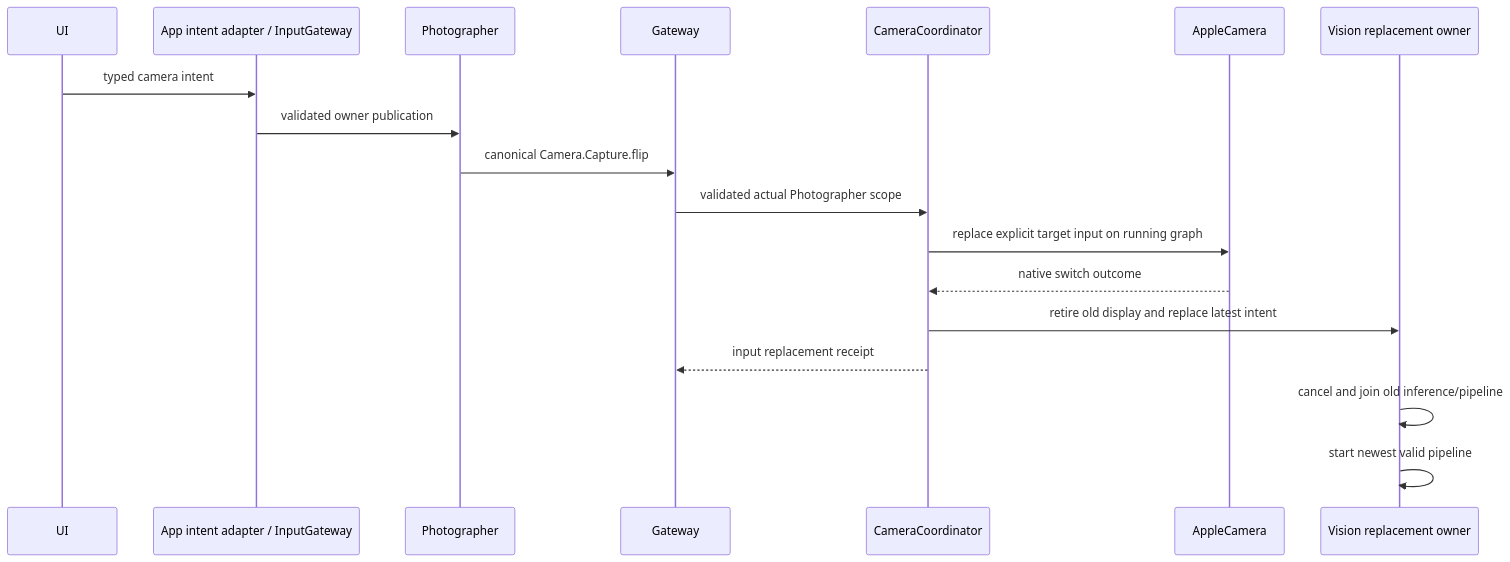
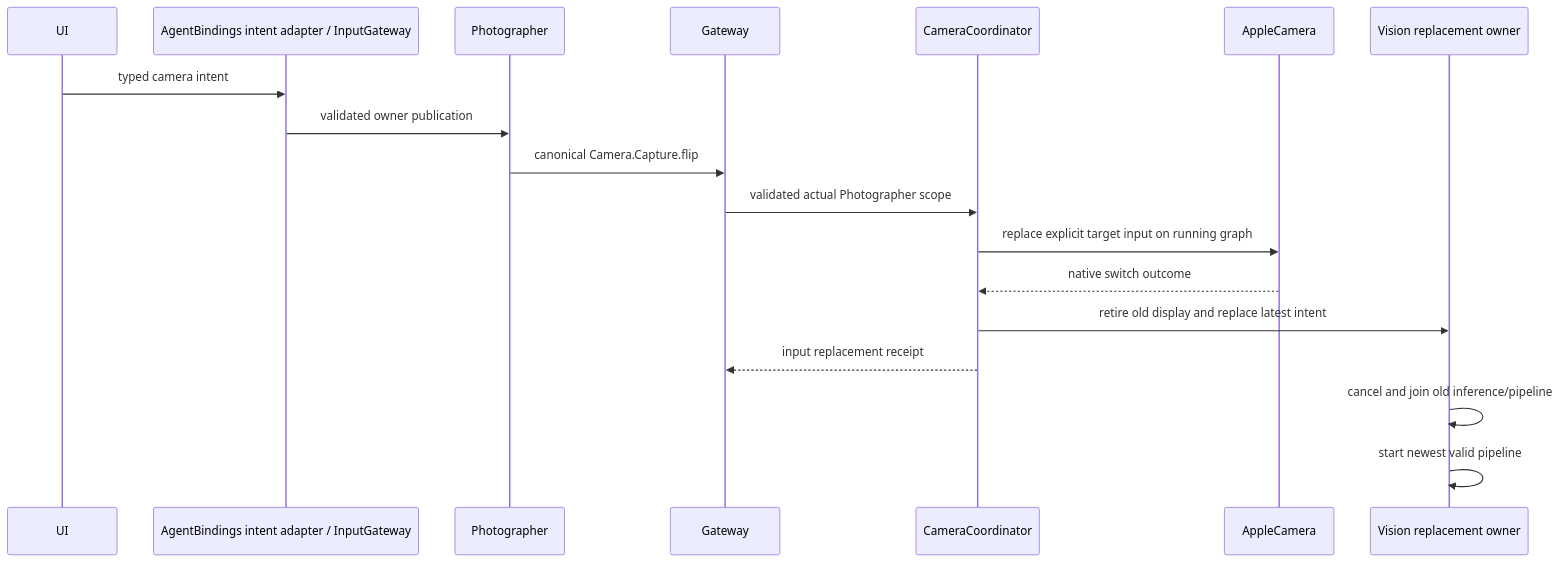
One commit to devilyouwei/MobileHarness changed diagram 19 of 32 in MobileHarness/README.md. Above: the diagram before and after it, drawn with Mermaid. The commit also changed other lines of this file and 254 other files, not shown here.

First line of the commit message:
refactor: isolate app composition and module bindings

````diff
--- a/MobileHarness/README.md
+++ b/MobileHarness/README.md
@@ -907,20 +871,20 @@
 ```mermaid
 sequenceDiagram
  participant UI
- participant App as App intent adapter / InputGateway
+ participant App as AgentBindings intent adapter / InputGateway
  participant Photo as Photographer
  participant Gateway
  participant Camera as CameraCoordinator
  participant Native as AppleCamera
  participant Vision as Vision replacement owner
  UI->>App: typed camera intent
  App->>Photo: validated owner publication
  Photo->>Gateway: canonical Camera.Capture.flip
  Gateway->>Camera: validated actual Photographer scope
  Camera->>Native: replace explicit target input on running graph
  Native-->>Camera: native switch outcome
  Camera->>Vision: retire old display and replace latest intent
  Camera-->>Gateway: input replacement receipt
  Vision->>Vision: cancel and join old inference/pipeline
  Vision->>Vision: start newest valid pipeline
 ```
````
